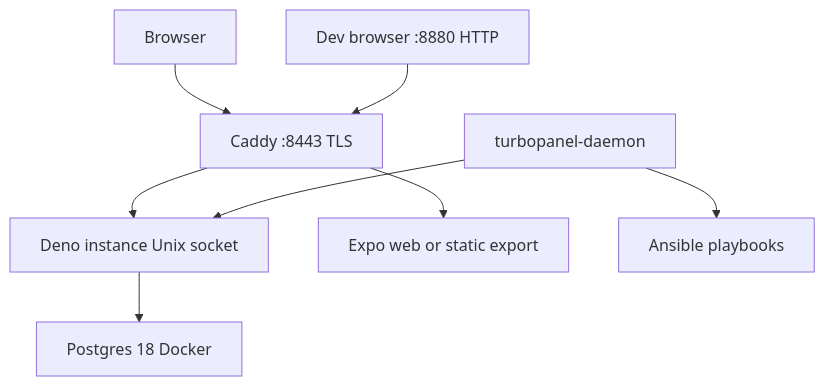
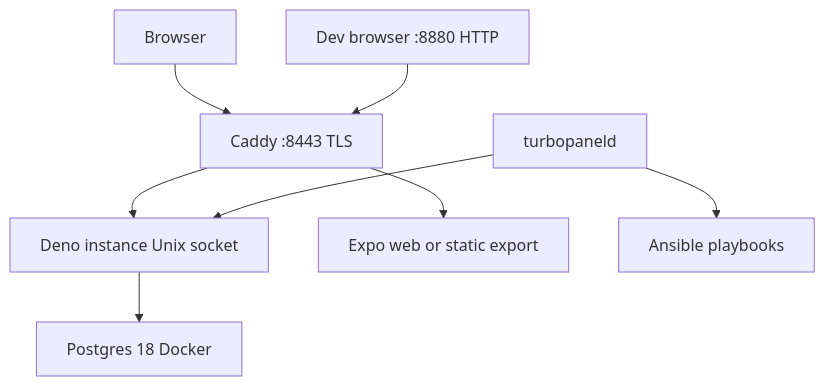
Before and after one commit to TurboPanel/website: the diagram in docs/deployment/control-plane.mdx, drawn with Mermaid. The commit also changed other lines of this file and 6 other files, not shown here.

````diff
--- a/docs/deployment/control-plane.mdx
+++ b/docs/deployment/control-plane.mdx
@@ -30,10 +30,10 @@
 ```mermaid
 graph TD
     Browser --> Caddy["Caddy :8443 TLS"]
     DevBrowser["Dev browser :8880 HTTP"] --> Caddy
     Caddy --> Instance["Deno instance Unix socket"]
     Caddy --> UI["Expo web or static export"]
-    Daemon["turbopanel-daemon"] --> Instance
+    Daemon["turbopaneld"] --> Instance
     Instance --> PG["Postgres 18 Docker"]
     Daemon --> Ansible["Ansible playbooks"]
 ```
````
